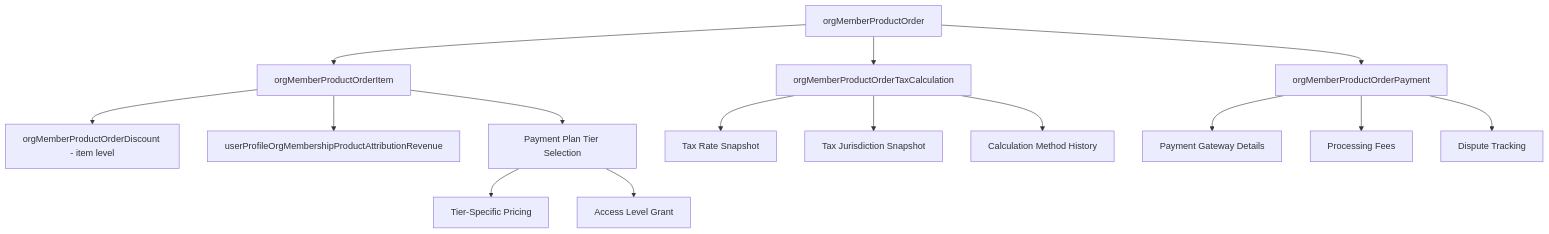
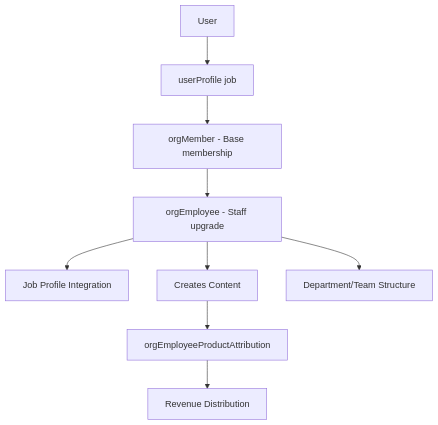
The second of 4 diagrams in apps/volmify/src/server/libs/db/schema/README.md (DreamEcho100/maze), drawn with Mermaid before and after one commit. The commit also changed other lines of this file and 50 other files, not shown here.

First line of the commit message:
Refactor user profile schema and relations

````diff
--- a/apps/volmify/src/server/libs/db/schema/README.md
+++ b/apps/volmify/src/server/libs/db/schema/README.md
@@ -264,21 +277,11 @@
 ```mermaid
 graph TD
-    A[orgMemberProductOrder] --> B[orgMemberProductOrderItem]
-    B --> C[orgMemberProductOrderDiscount - item level]
-    B --> D[userProfileOrgMembershipProductAttributionRevenue]
-    
-    A --> E[orgMemberProductOrderTaxCalculation]
-    A --> F[orgMemberProductOrderPayment]
-    
-    E --> G[Tax Rate Snapshot]
-    E --> H[Tax Jurisdiction Snapshot]
-    E --> I[Calculation Method History]
-    
-    F --> J[Payment Gateway Details]
-    F --> K[Processing Fees]
-    F --> L[Dispute Tracking]
-    
-    B --> M[Payment Plan Tier Selection]
-    M --> N[Tier-Specific Pricing]
-    M --> O[Access Level Grant]
+    A[User] --> B[userProfile job]
+    B --> C[orgMember - Base membership]
+    C --> D[orgEmployee - Staff upgrade]
+    D --> E[Job Profile Integration]
+    D --> F[Creates Content]
+    F --> G[orgEmployeeProductAttribution]
+    G --> H[Revenue Distribution]
+    D --> I[Department/Team Structure]
 ```
````
